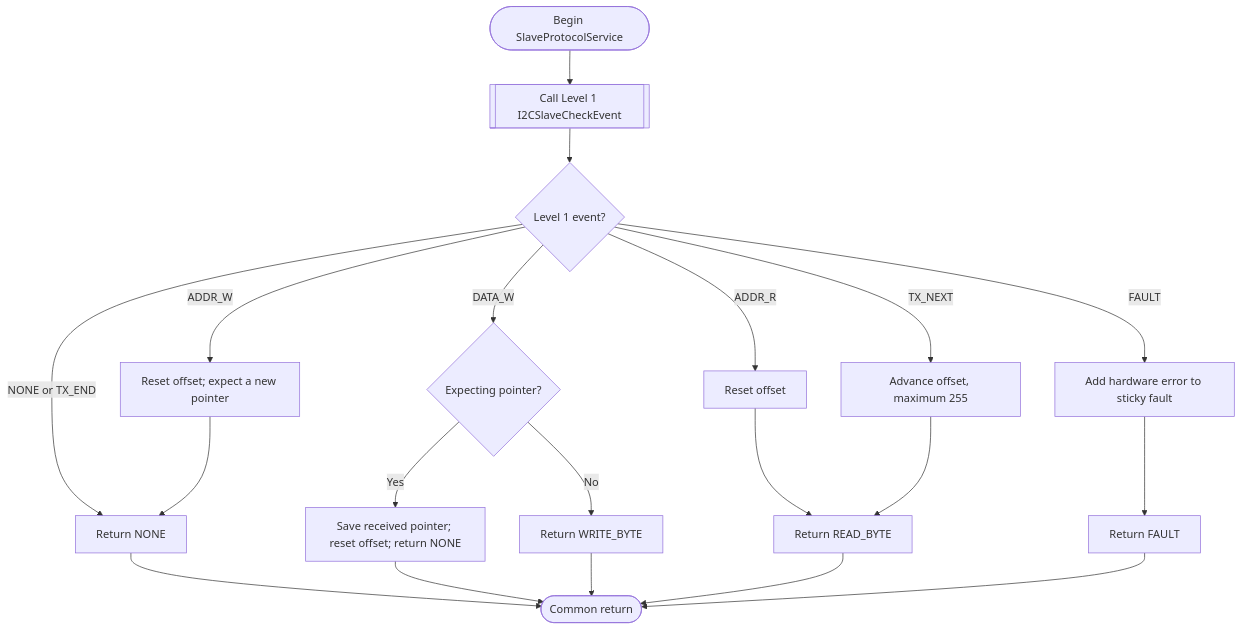
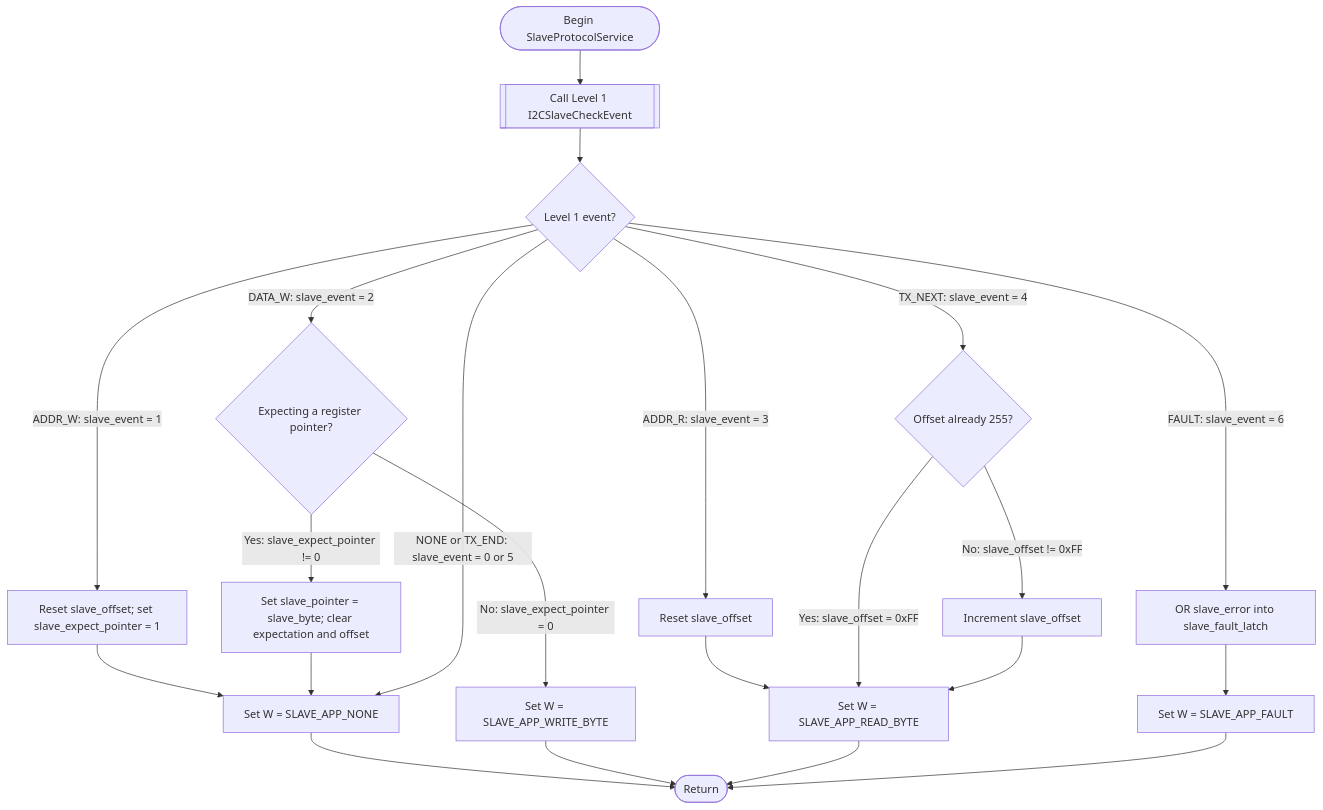
The seventh of 10 diagrams in LabAssignments/support/Lab10-I2C-Slave-Three-Level-Student-Guide.md (rosstimo/RCET3375), drawn with Mermaid before and after one commit. The commit also changed other lines of this file, not shown here.

Commit message:
Align Level 2 flowcharts with explicit protocol-state branch conditions

````diff
--- a/LabAssignments/support/Lab10-I2C-Slave-Three-Level-Student-Guide.md
+++ b/LabAssignments/support/Lab10-I2C-Slave-Three-Level-Student-Guide.md
@@ -241,22 +241,24 @@
 ```mermaid
 flowchart TD
-    Begin([Begin SlaveProtocolService]) --> Event[[Call Level 1 I2CSlaveCheckEvent]]
+    Begin(["Begin SlaveProtocolService"]) --> Event[[Call Level 1 I2CSlaveCheckEvent]]
     Event --> Kind{"Level 1 event?"}
-    Kind -->|NONE or TX_END| None["Return NONE"]
-    Kind -->|ADDR_W| Expect["Reset offset; expect a new pointer"]
-    Expect --> None
-    Kind -->|DATA_W| Pointer{"Expecting pointer?"}
-    Pointer -->|Yes| Select["Save received pointer; reset offset; return NONE"]
-    Pointer -->|No| Write["Return WRITE_BYTE"]
-    Kind -->|ADDR_R| Reset["Reset offset"]
-    Reset --> Read["Return READ_BYTE"]
-    Kind -->|TX_NEXT| Advance["Advance offset, maximum 255"]
+    Kind -->|"ADDR_W: slave_event = 1"| AddressWrite["Reset slave_offset; set slave_expect_pointer = 1"]
+    AddressWrite --> None["Set W = SLAVE_APP_NONE"]
+    Kind -->|"DATA_W: slave_event = 2"| Pointer{"Expecting a register pointer?"}
+    Pointer -->|"Yes: slave_expect_pointer != 0"| Select["Set slave_pointer = slave_byte; clear expectation and offset"]
+    Select --> None
+    Pointer -->|"No: slave_expect_pointer = 0"| Write["Set W = SLAVE_APP_WRITE_BYTE"]
+    Kind -->|"ADDR_R: slave_event = 3"| AddressRead["Reset slave_offset"]
+    AddressRead --> Read["Set W = SLAVE_APP_READ_BYTE"]
+    Kind -->|"TX_NEXT: slave_event = 4"| Limit{"Offset already 255?"}
+    Limit -->|"Yes: slave_offset = 0xFF"| Read
+    Limit -->|"No: slave_offset != 0xFF"| Advance["Increment slave_offset"]
     Advance --> Read
-    Kind -->|FAULT| Latch["Add hardware error to sticky fault"]
-    Latch --> Fault["Return FAULT"]
-    None --> Exit([Common return])
-    Select --> Exit
+    Kind -->|"FAULT: slave_event = 6"| Latch["OR slave_error into slave_fault_latch"]
+    Latch --> Fault["Set W = SLAVE_APP_FAULT"]
+    Kind -->|"NONE or TX_END: slave_event = 0 or 5"| None
+    None --> Exit(["Return"])
     Write --> Exit
     Read --> Exit
     Fault --> Exit
 ```
````
